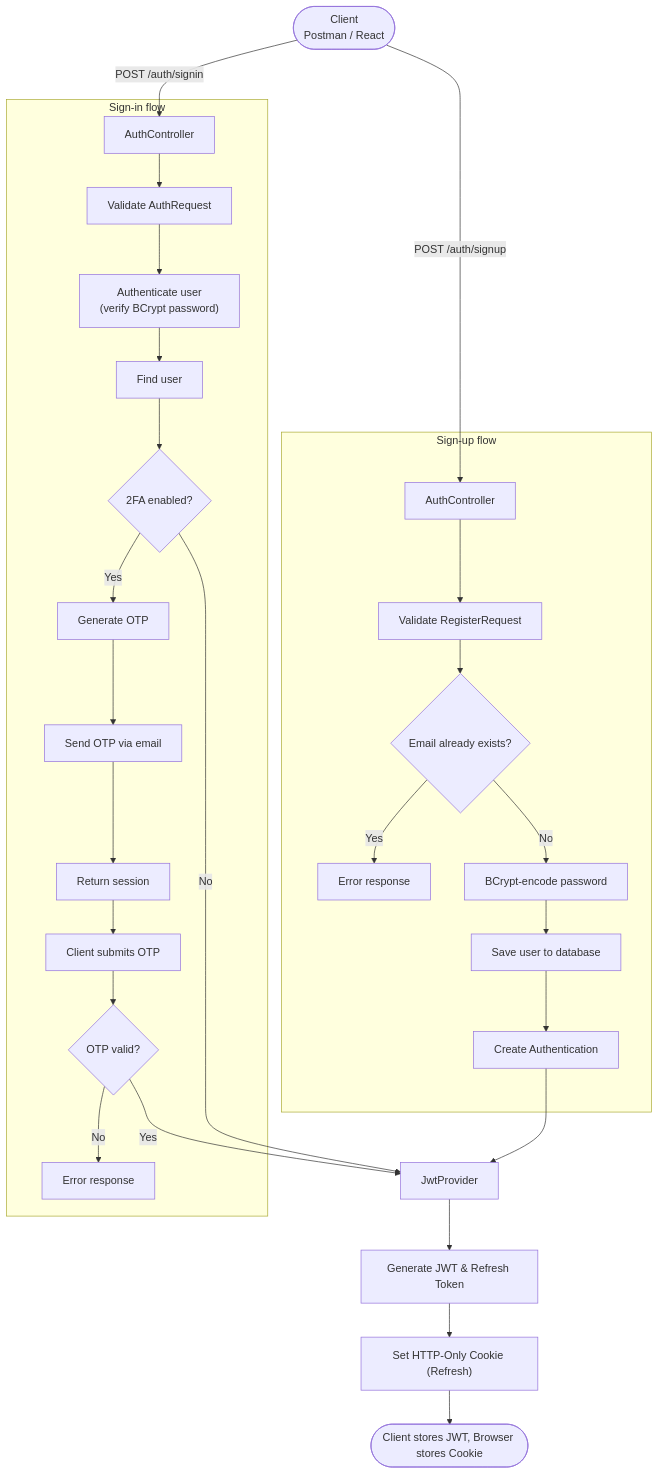
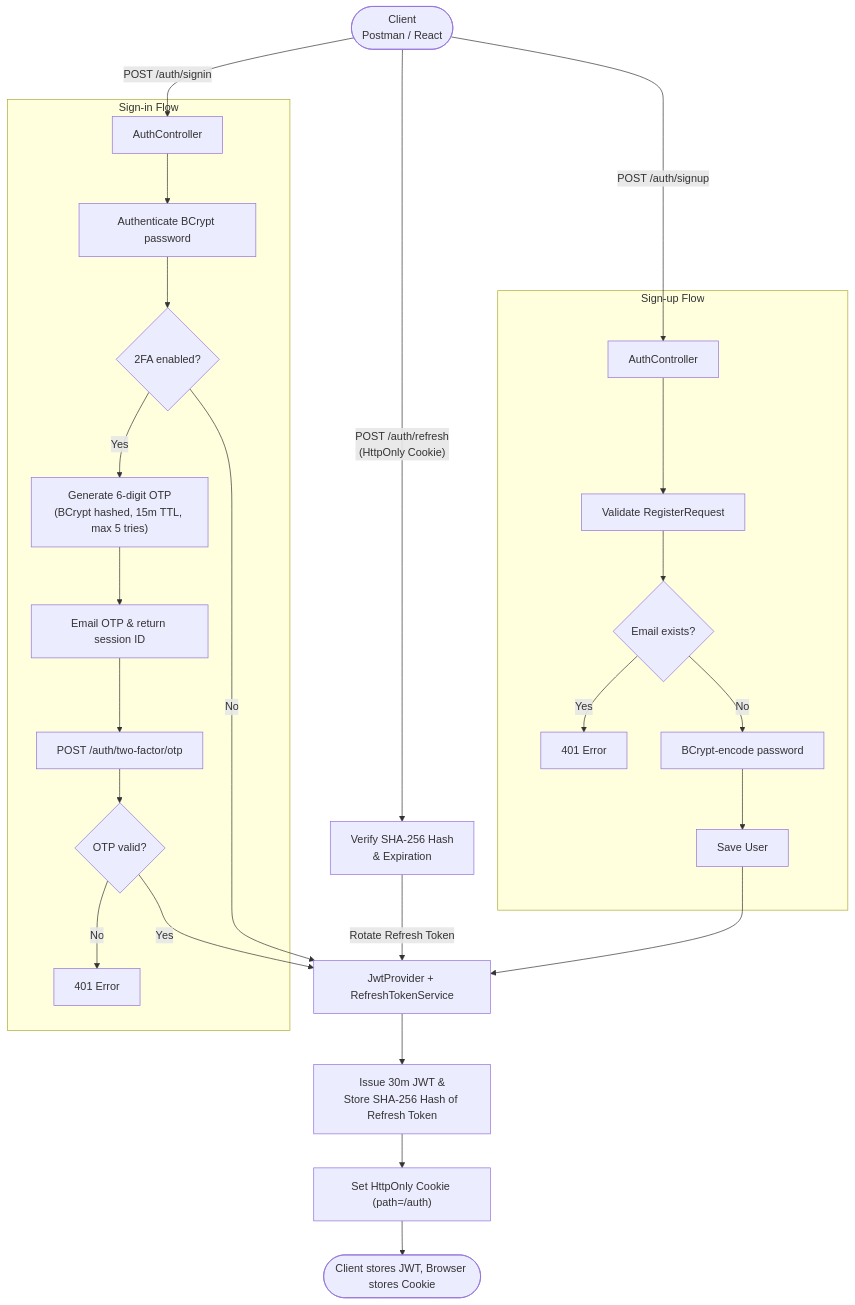
Before and after one commit to Biikash1/TradeForge: the second of 3 diagrams in README.md, drawn with Mermaid. The commit also changed other lines of this file, not shown here.

````diff
--- a/README.md
+++ b/README.md
@@ -172,38 +192,35 @@
 ```mermaid
 flowchart TD
     C(["Client<br/>Postman / React"])
 
     C -->|"POST /auth/signup"| S1["AuthController"]
     C -->|"POST /auth/signin"| L1["AuthController"]
+    C -->|"POST /auth/refresh<br/>(HttpOnly Cookie)"| R1["Verify SHA-256 Hash<br/>& Expiration"]
 
-    subgraph SIGNUP ["Sign-up flow"]
+    subgraph SIGNUP ["Sign-up Flow"]
         S1 --> S2["Validate RegisterRequest"]
-        S2 --> S3{"Email already exists?"}
-        S3 -->|Yes| SE["Error response"]
+        S2 --> S3{"Email exists?"}
+        S3 -->|Yes| SE["401 Error"]
         S3 -->|No| S4["BCrypt-encode password"]
-        S4 --> S5["Save user to database"]
-        S5 --> S6["Create Authentication"]
+        S4 --> S5["Save User"]
     end
 
-    subgraph SIGNIN ["Sign-in flow"]
-        L1 --> L2["Validate AuthRequest"]
-        L2 --> L3["Authenticate user<br/>(verify BCrypt password)"]
-        L3 --> L4["Find user"]
-        L4 --> L5{"2FA enabled?"}
-        L5 -->|Yes| L6["Generate OTP"]
-        L6 --> L7["Send OTP via email"]
-        L7 --> L8["Return session"]
-        L8 --> L9["Client submits OTP"]
+    subgraph SIGNIN ["Sign-in Flow"]
+        L1 --> L2["Authenticate BCrypt password"]
+        L2 --> L5{"2FA enabled?"}
+        L5 -->|Yes| L6["Generate 6-digit OTP<br/>(BCrypt hashed, 15m TTL, max 5 tries)"]
+        L6 --> L7["Email OTP & return session ID"]
+        L7 --> L9["POST /auth/two-factor/otp"]
         L9 --> L10{"OTP valid?"}
-        L10 -->|No| LE["Error response"]
+        L10 -->|No| LE["401 Error"]
     end
 
-    S6 --> J["JwtProvider"]
+    S5 --> J["JwtProvider + RefreshTokenService"]
     L5 -->|No| J
     L10 -->|Yes| J
+    R1 -->|"Rotate Refresh Token"| J
 
-    J --> J1["Generate JWT & Refresh Token"]
-    J1 --> J2["Set HTTP-Only Cookie (Refresh)"]
+    J --> J1["Issue 30m JWT &<br/>Store SHA-256 Hash of Refresh Token"]
+    J1 --> J2["Set HttpOnly Cookie (path=/auth)"]
     J2 --> C2(["Client stores JWT, Browser stores Cookie"])
-    
 ```
````
